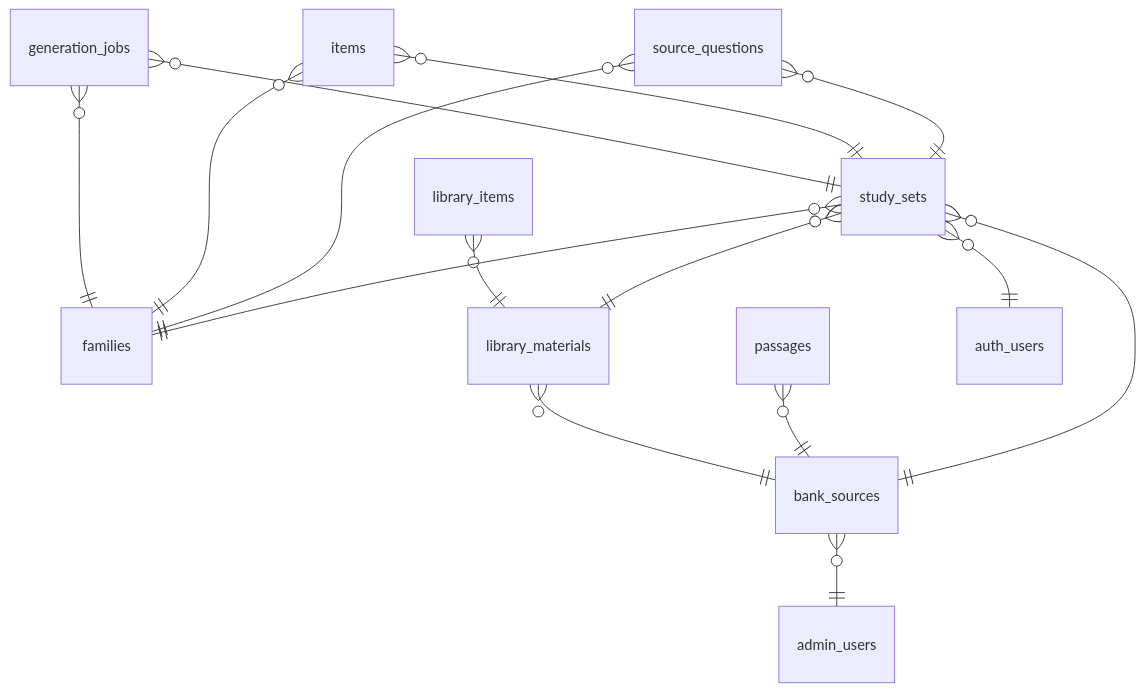
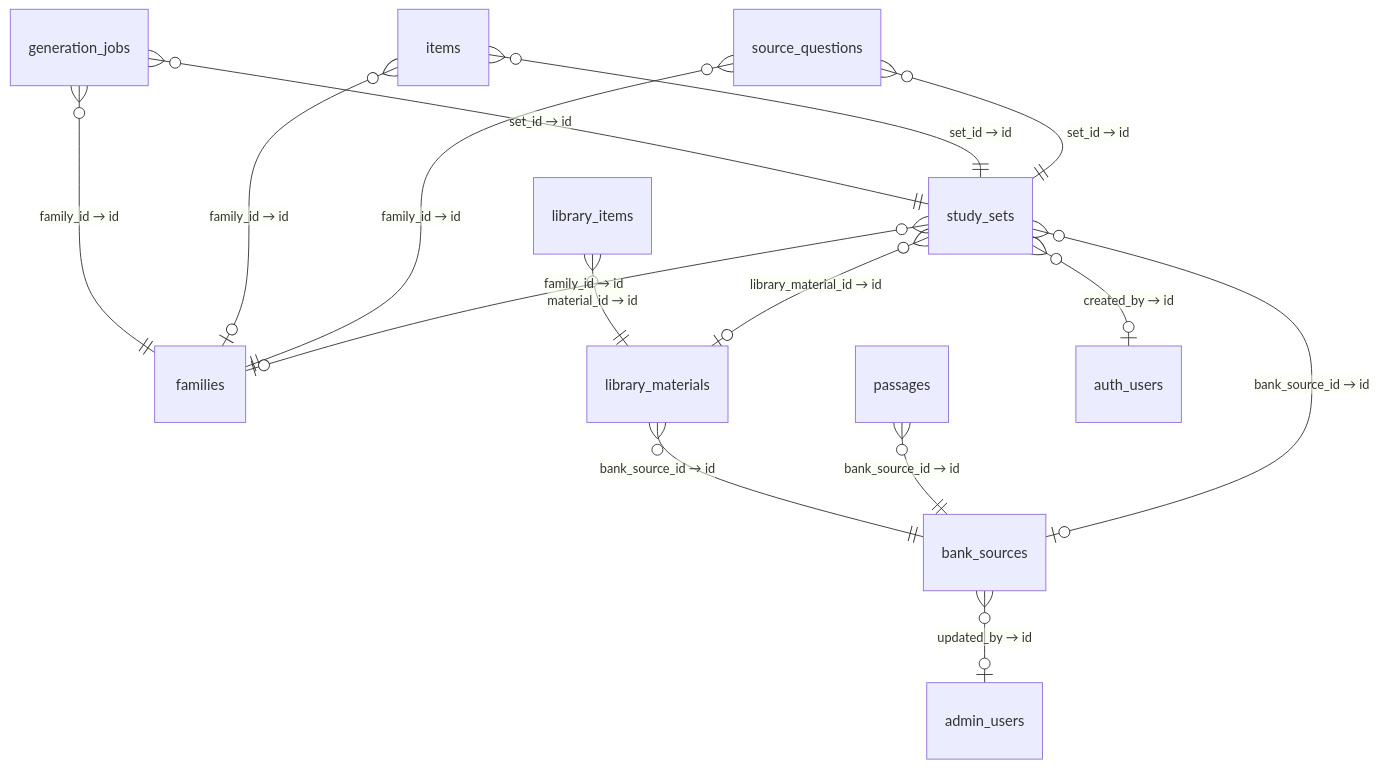
The second of 6 diagrams in DOC/Step 2/데이터베이스 스키마 설계서.md (obhht2302-ctrl/AIO_team_04_final_project), drawn with Mermaid before and after one commit. The commit also changed other lines of this file and 1 other file, not shown here.

````diff
--- a/DOC/Step 2/데이터베이스 스키마 설계서.md
+++ b/DOC/Step 2/데이터베이스 스키마 설계서.md
@@ -143,26 +126,17 @@
 ```mermaid
 erDiagram
-  bank_sources }o--|| admin_users : ""
-  generation_jobs }o--|| families : ""
-  generation_jobs }o--|| study_sets : ""
-  items }o--|| families : ""
-  items }o--|| study_sets : ""
-  library_items }o--|| library_materials : ""
-  library_materials }o--|| bank_sources : ""
-  passages }o--|| bank_sources : ""
-  source_questions }o--|| families : ""
-  source_questions }o--|| study_sets : ""
-  study_sets }o--|| auth_users : ""
-  study_sets }o--|| bank_sources : ""
-  study_sets }o--|| families : ""
-  study_sets }o--|| library_materials : ""
-  %% 다른 도메인(기준 노드): admin_users, auth_users, families
-  study_sets { }
-  items { }
-  generation_jobs { }
-  source_questions { }
-  library_materials { }
-  library_items { }
-  passages { }
-  bank_sources { }
+  bank_sources }o--o| admin_users : "updated_by → id"
+  generation_jobs }o--|| families : "family_id → id"
+  generation_jobs }o--|| study_sets : "set_id → id"
+  items }o--o| families : "family_id → id"
+  items }o--|| study_sets : "set_id → id"
+  library_items }o--|| library_materials : "material_id → id"
+  library_materials }o--|| bank_sources : "bank_source_id → id"
+  passages }o--|| bank_sources : "bank_source_id → id"
+  source_questions }o--|| families : "family_id → id"
+  source_questions }o--|| study_sets : "set_id → id"
+  study_sets }o--o| auth_users : "created_by → id"
+  study_sets }o--o| bank_sources : "bank_source_id → id"
+  study_sets }o--o| families : "family_id → id"
+  study_sets }o--o| library_materials : "library_material_id → id"
 ```
````
